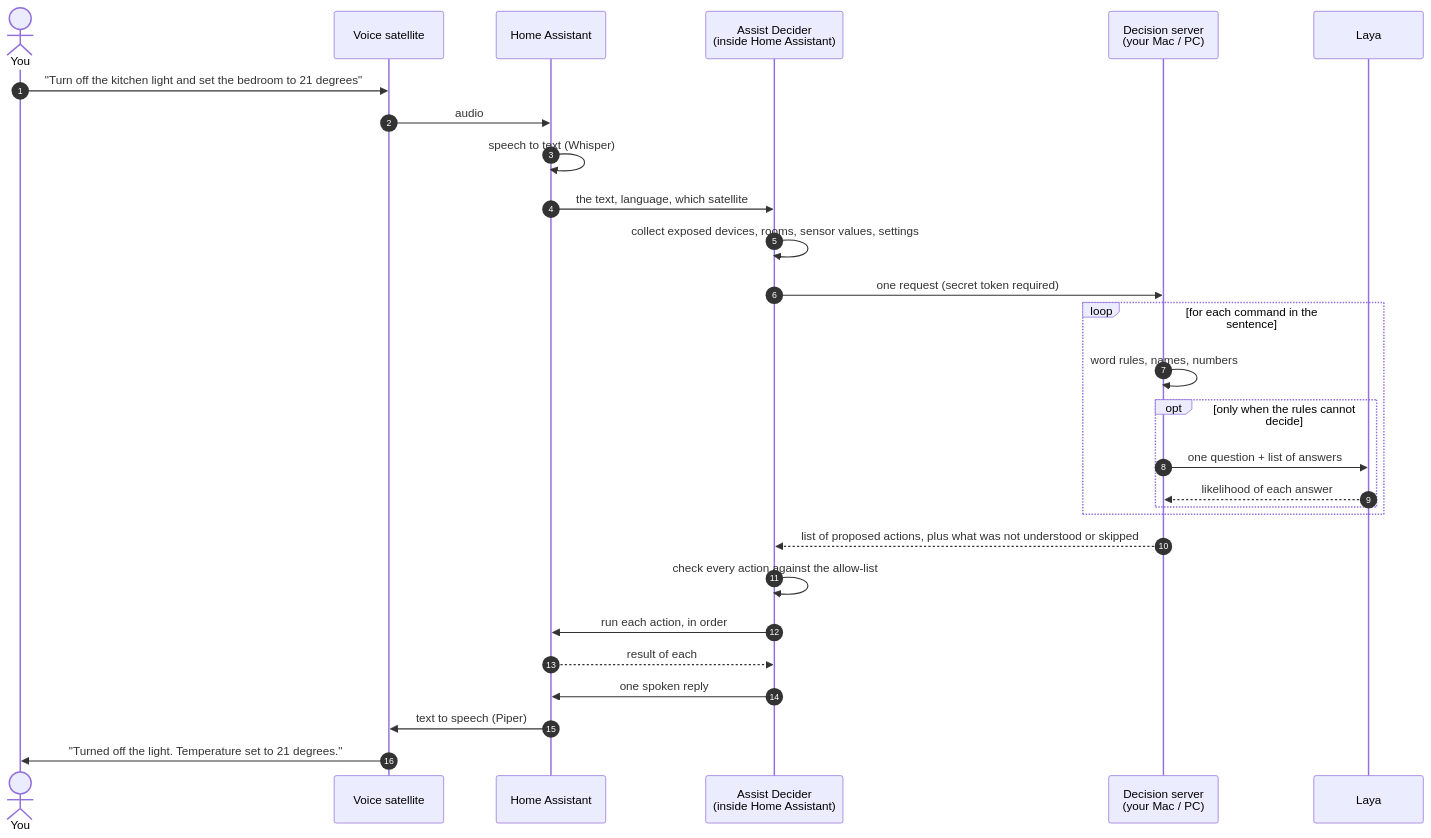
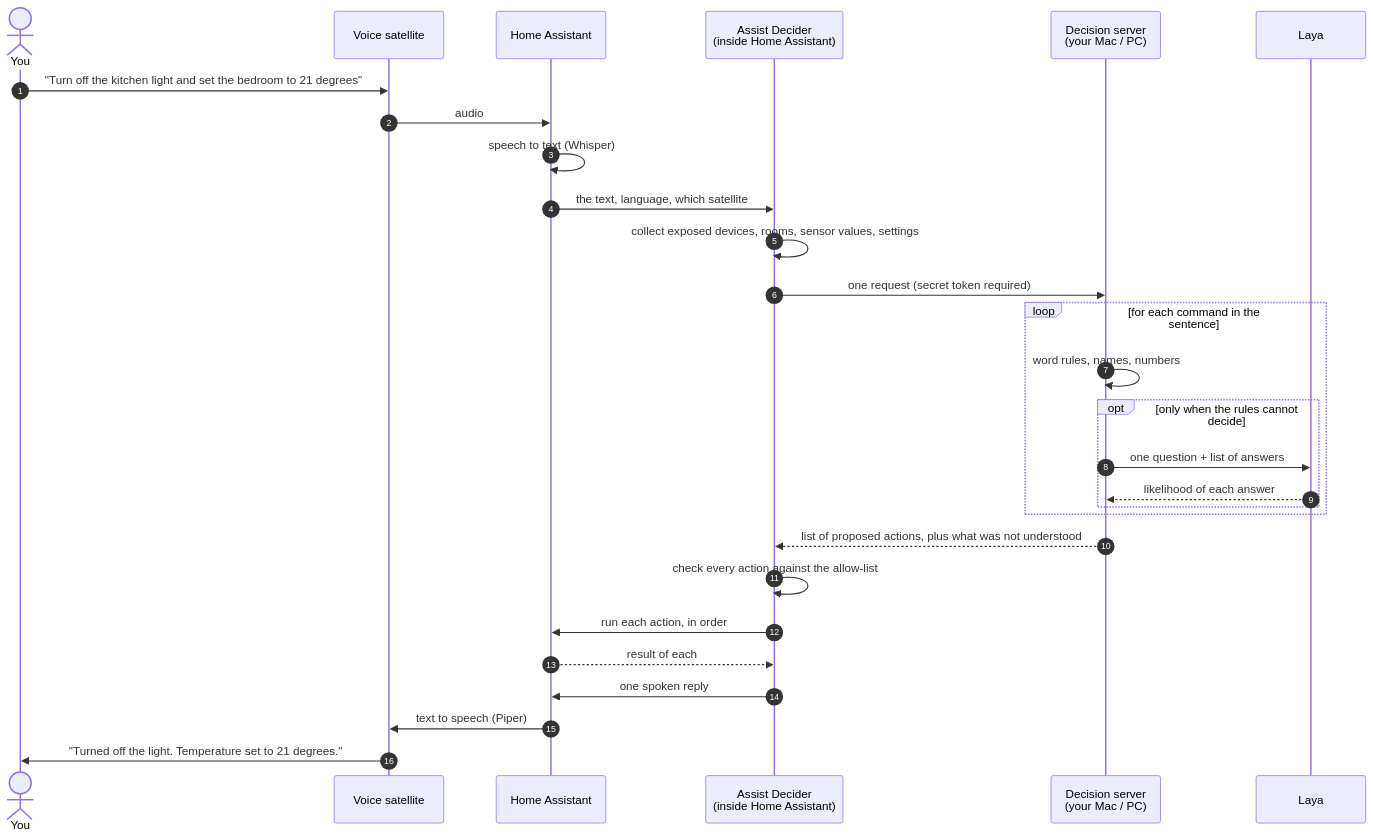
Before and after one commit to d00kIe/assist-decider: the second of 6 diagrams in HOW-IT-WORKS.md, drawn with Mermaid. The commit also changed other lines of this file and 21 other files, not shown here.

````diff
--- a/HOW-IT-WORKS.md
+++ b/HOW-IT-WORKS.md
@@ -215,31 +213,31 @@
 ```mermaid
 sequenceDiagram
     autonumber
     actor You
     participant Sat as Voice satellite
     participant HA as Home Assistant
     participant Int as Assist Decider<br/>(inside Home Assistant)
     participant Srv as Decision server<br/>(your Mac / PC)
     participant Laya
 
     You->>Sat: "Turn off the kitchen light and set the bedroom to 21 degrees"
     Sat->>HA: audio
     HA->>HA: speech to text (Whisper)
     HA->>Int: the text, language, which satellite
     Int->>Int: collect exposed devices, rooms, sensor values, settings
     Int->>Srv: one request (secret token required)
     loop for each command in the sentence
         Srv->>Srv: word rules, names, numbers
         opt only when the rules cannot decide
             Srv->>Laya: one question + list of answers
             Laya-->>Srv: likelihood of each answer
         end
     end
-    Srv-->>Int: list of proposed actions, plus what was not understood or skipped
+    Srv-->>Int: list of proposed actions, plus what was not understood
     Int->>Int: check every action against the allow-list
     Int->>HA: run each action, in order
     HA-->>Int: result of each
     Int->>HA: one spoken reply
     HA->>Sat: text to speech (Piper)
     Sat->>You: "Turned off the light. Temperature set to 21 degrees."
 ```
````
